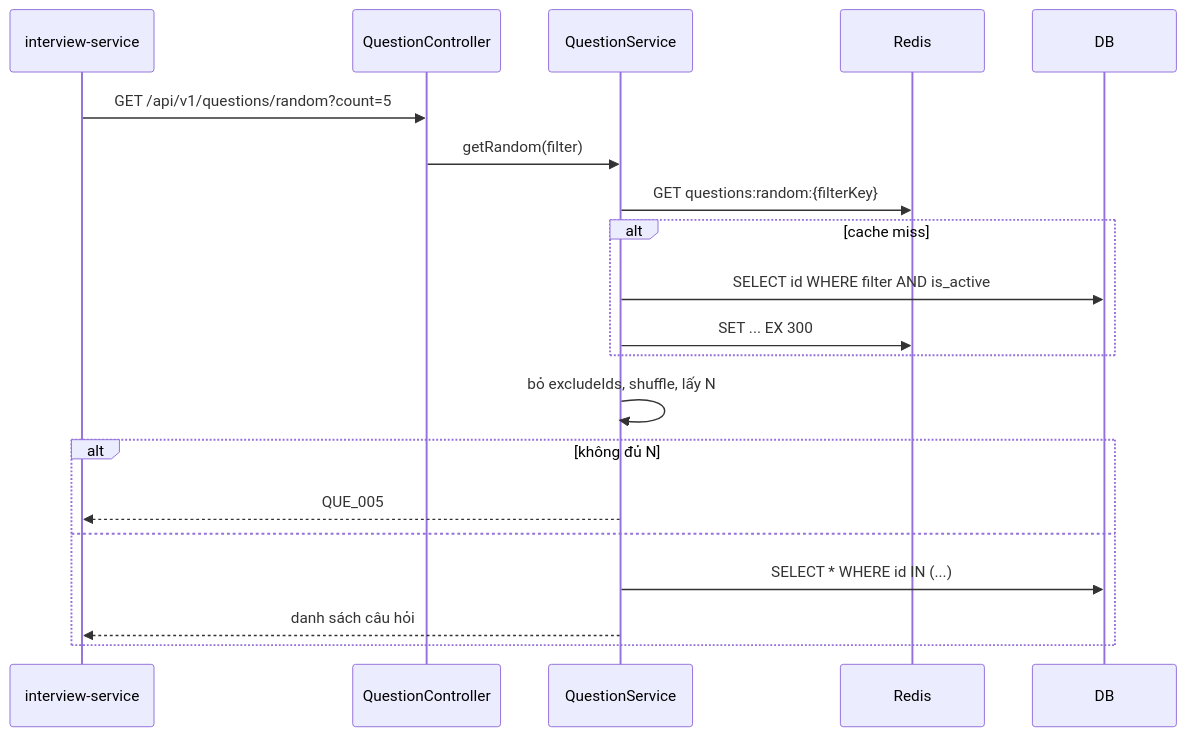
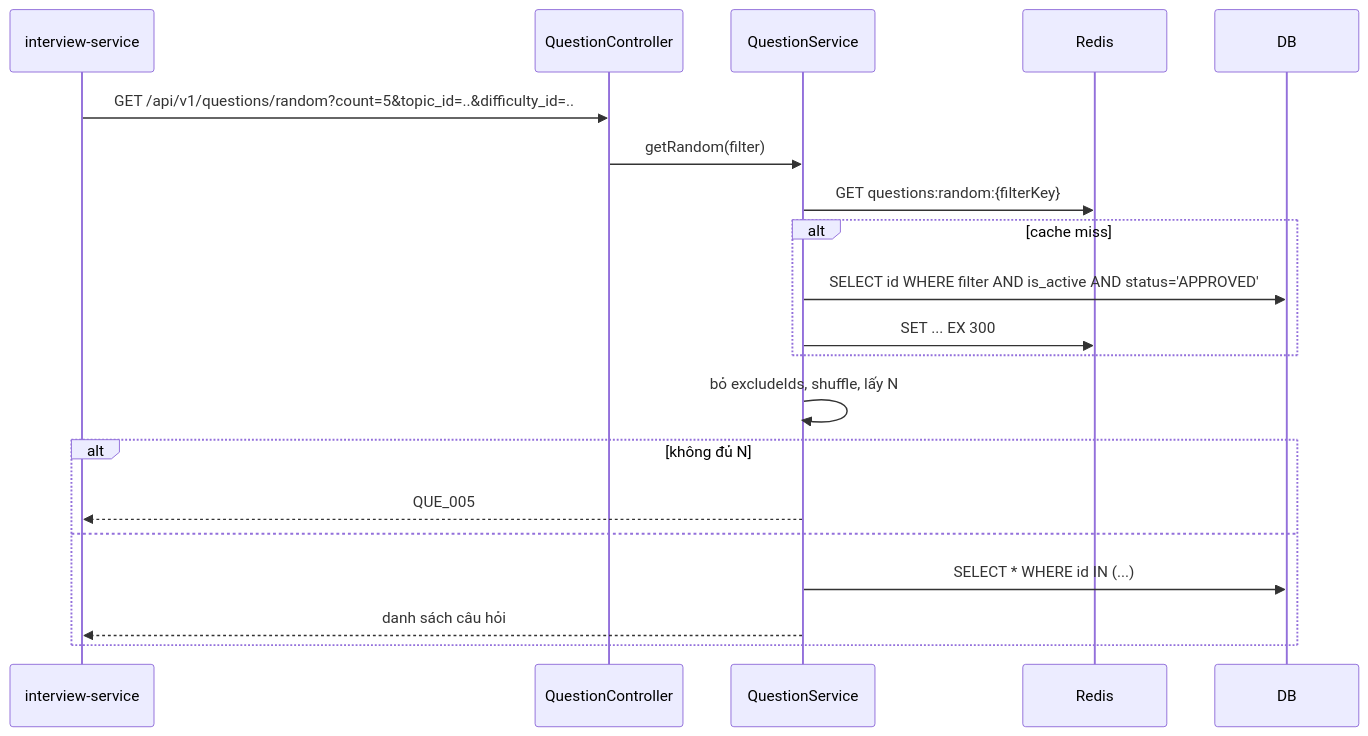
The third of 4 diagrams in docs/services/question-service.md (ngohoangg/intelli-hire), drawn with Mermaid before and after one commit. The commit also changed other lines of this file and 19 other files, not shown here.

````diff
--- a/docs/services/question-service.md
+++ b/docs/services/question-service.md
@@ -162,22 +173,22 @@
 ```mermaid
 sequenceDiagram
     participant INT as interview-service
     participant C as QuestionController
     participant S as QuestionService
     participant R as Redis
     participant DB
-    INT->>C: GET /api/v1/questions/random?count=5
+    INT->>C: GET /api/v1/questions/random?count=5&topic_id=..&difficulty_id=..
     C->>S: getRandom(filter)
     S->>R: GET questions:random:{filterKey}
     alt cache miss
-        S->>DB: SELECT id WHERE filter AND is_active
+        S->>DB: SELECT id WHERE filter AND is_active AND status='APPROVED'
         S->>R: SET ... EX 300
     end
     S->>S: bỏ excludeIds, shuffle, lấy N
     alt không đủ N
         S-->>INT: QUE_005
     else
         S->>DB: SELECT * WHERE id IN (...)
         S-->>INT: danh sách câu hỏi
     end
 ```
````
